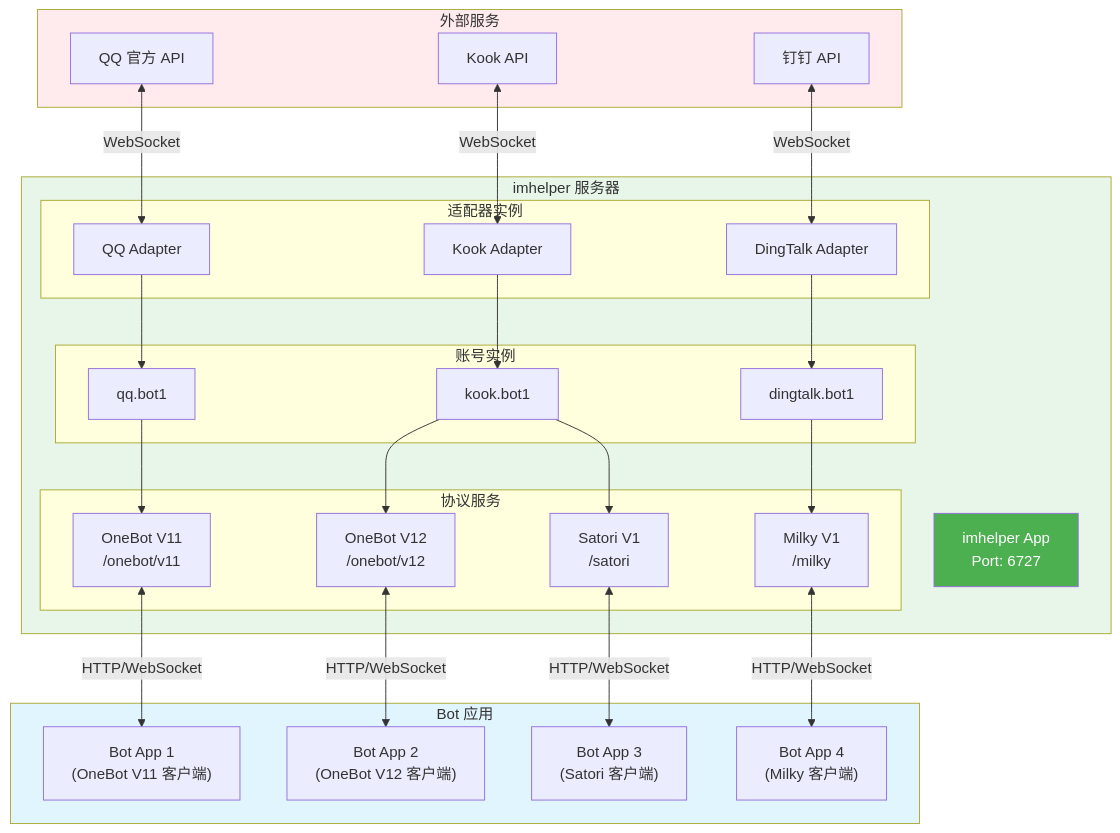
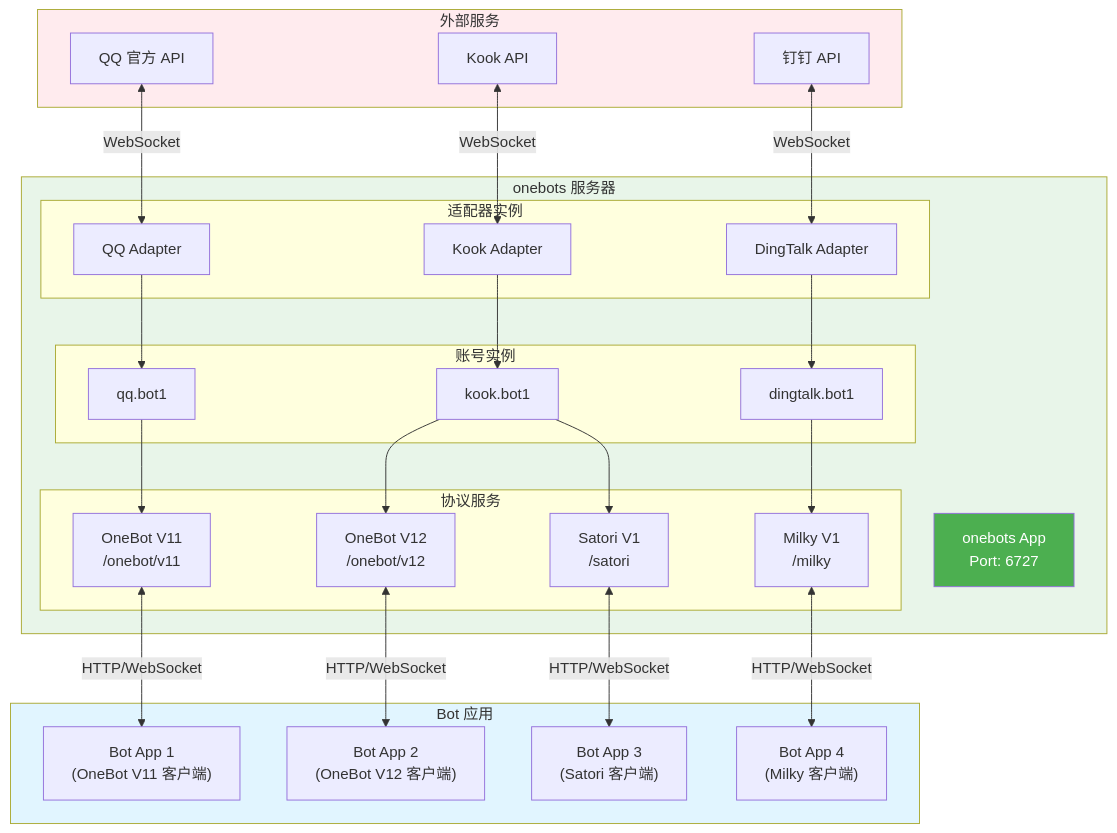
The ninth of 9 diagrams in architecture-diagrams.md (Ckid-Home/onebots), drawn with Mermaid before and after one commit. The commit also changed other lines of this file and 285 other files, not shown here.

````diff
--- a/architecture-diagrams.md
+++ b/architecture-diagrams.md
@@ -543,64 +543,64 @@
 ```mermaid
 graph TB
     subgraph External["外部服务"]
         QQ_API["QQ 官方 API"]
         Kook_API["Kook API"]
         DingTalk_API["钉钉 API"]
     end
     
-    subgraph imhelper["imhelper 服务器"]
-        App["imhelper App<br/>Port: 6727"]
+    subgraph onebots["onebots 服务器"]
+        App["onebots App<br/>Port: 6727"]
         
         subgraph Adapters["适配器实例"]
             QQ_Adapter["QQ Adapter"]
             Kook_Adapter["Kook Adapter"]
             DT_Adapter["DingTalk Adapter"]
         end
         
         subgraph Accounts["账号实例"]
             ACC1["qq.bot1"]
             ACC2["kook.bot1"]
             ACC3["dingtalk.bot1"]
         end
         
         subgraph Protocols["协议服务"]
             OB11_1["OneBot V11<br/>/onebot/v11"]
             OB12_1["OneBot V12<br/>/onebot/v12"]
             SAT_1["Satori V1<br/>/satori"]
             MLK_1["Milky V1<br/>/milky"]
         end
     end
     
     subgraph BotApps["Bot 应用"]
         Bot1["Bot App 1<br/>(OneBot V11 客户端)"]
         Bot2["Bot App 2<br/>(OneBot V12 客户端)"]
         Bot3["Bot App 3<br/>(Satori 客户端)"]
         Bot4["Bot App 4<br/>(Milky 客户端)"]
     end
     
     %% 外部连接
     QQ_API <-->|WebSocket| QQ_Adapter
     Kook_API <-->|WebSocket| Kook_Adapter
     DingTalk_API <-->|WebSocket| DT_Adapter
     
     %% 内部连接
     QQ_Adapter --> ACC1
     Kook_Adapter --> ACC2
     DT_Adapter --> ACC3
     
     ACC1 --> OB11_1
     ACC2 --> OB12_1
     ACC2 --> SAT_1
     ACC3 --> MLK_1
     
     %% Bot 应用连接
     OB11_1 <-->|HTTP/WebSocket| Bot1
     OB12_1 <-->|HTTP/WebSocket| Bot2
     SAT_1 <-->|HTTP/WebSocket| Bot3
     MLK_1 <-->|HTTP/WebSocket| Bot4
     
     style External fill:#ffebee
-    style imhelper fill:#e8f5e9
+    style onebots fill:#e8f5e9
     style BotApps fill:#e1f5ff
     style App fill:#4caf50,color:#fff
 ```
````
